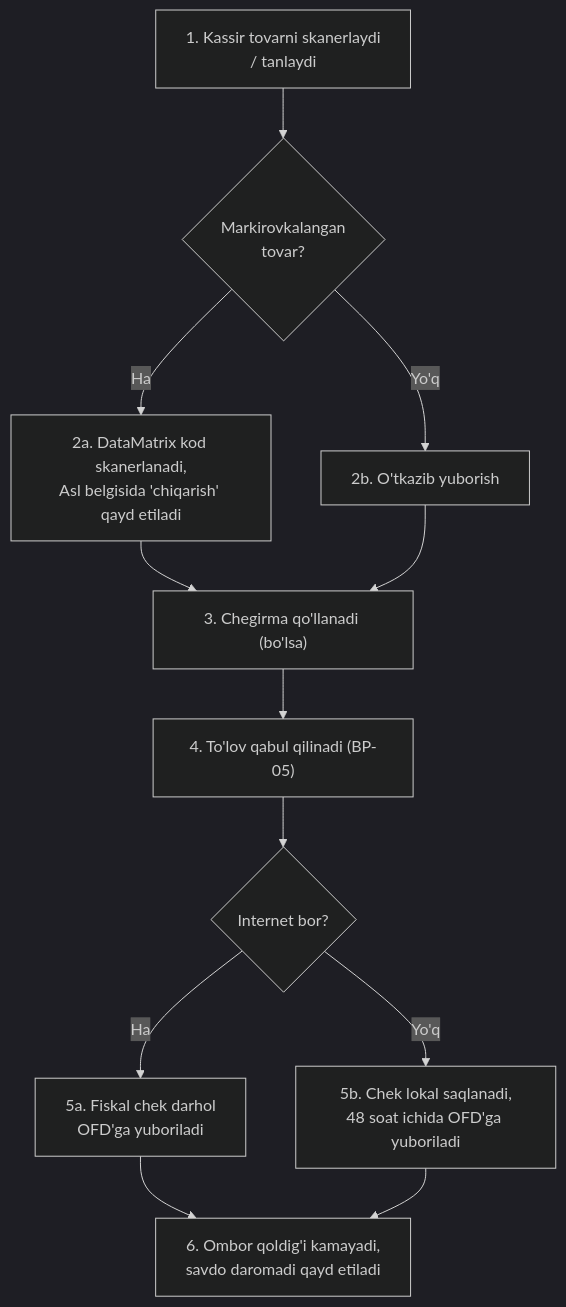
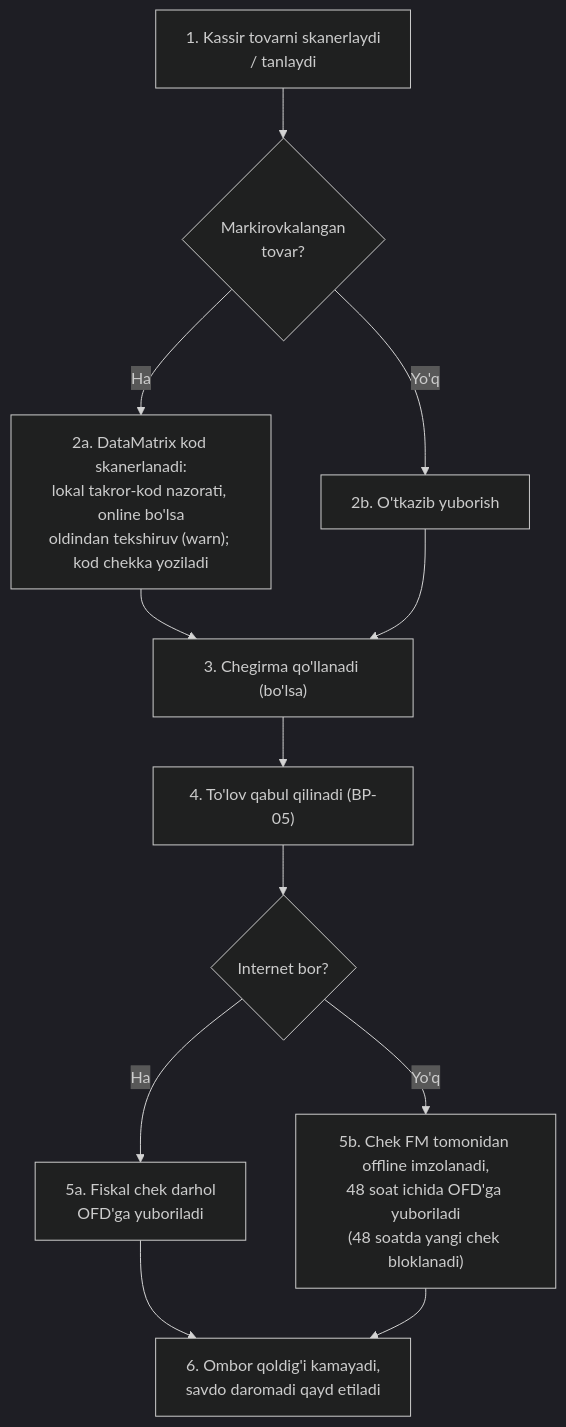
Before and after one commit to hasanoff507/erp: the second of 15 diagrams in spec/kod-uchun/04-biznes-jarayonlar.md, drawn with Mermaid (dark theme). The commit also changed other lines of this file and 47 other files, not shown here.

````diff
--- a/spec/kod-uchun/04-biznes-jarayonlar.md
+++ b/spec/kod-uchun/04-biznes-jarayonlar.md
@@ -62,14 +65,14 @@
 ```mermaid
 flowchart TD
     A["1. Kassir tovarni skanerlaydi\n/ tanlaydi"] --> B{"Markirovkalangan\ntovar?"}
-    B -- "Ha" --> C["2a. DataMatrix kod skanerlanadi,\nAsl belgisida 'chiqarish' qayd etiladi"]
+    B -- "Ha" --> C["2a. DataMatrix kod skanerlanadi:\nlokal takror-kod nazorati, online bo'lsa\noldindan tekshiruv (warn); kod chekka yoziladi"]
     B -- "Yo'q" --> D["2b. O'tkazib yuborish"]
     C --> E["3. Chegirma qo'llanadi (bo'lsa)"]
     D --> E
     E --> F["4. To'lov qabul qilinadi (BP-05)"]
     F --> G{"Internet bor?"}
     G -- "Ha" --> H["5a. Fiskal chek darhol\nOFD'ga yuboriladi"]
-    G -- "Yo'q" --> I["5b. Chek lokal saqlanadi,\n48 soat ichida OFD'ga yuboriladi"]
+    G -- "Yo'q" --> I["5b. Chek FM tomonidan offline imzolanadi,\n48 soat ichida OFD'ga yuboriladi\n(48 soatda yangi chek bloklanadi)"]
     H --> J["6. Ombor qoldig'i kamayadi,\nsavdo daromadi qayd etiladi"]
     I --> J
 ```
````
